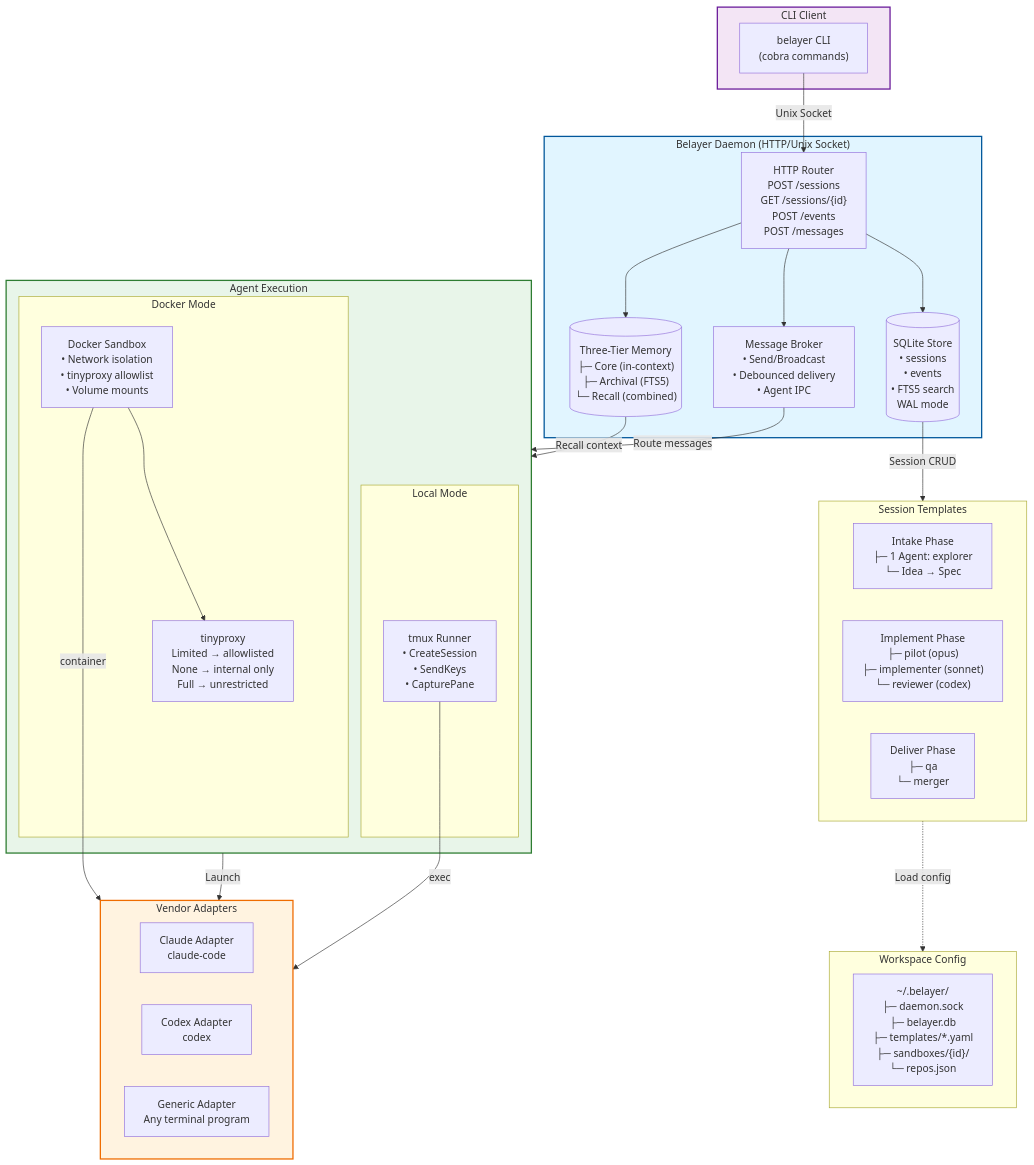
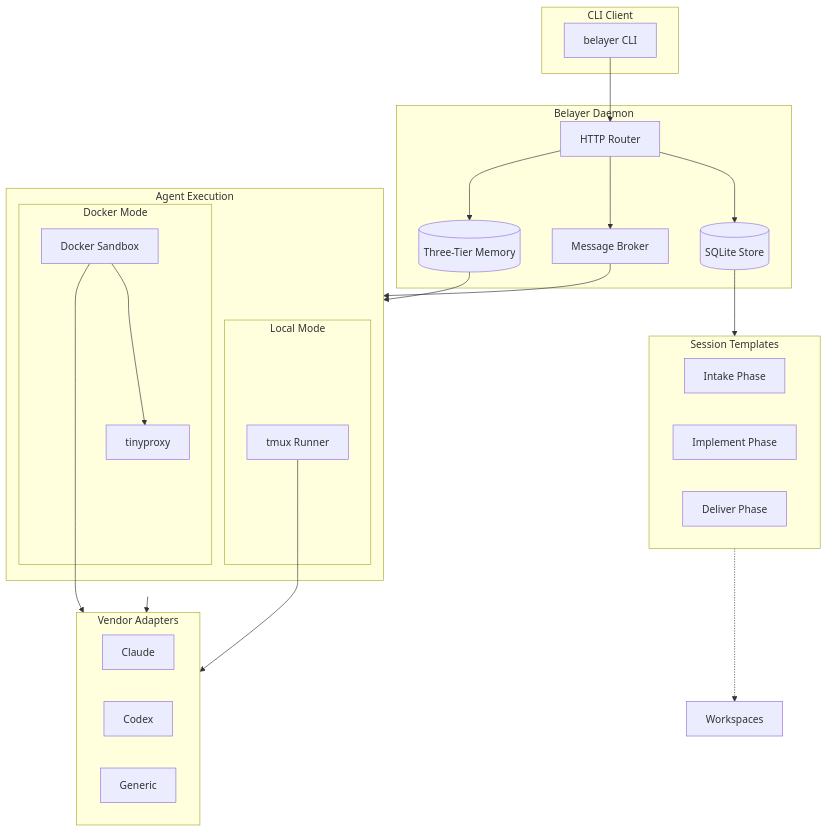
Before and after one commit to donovan-yohan/belayer: the first of 2 diagrams in README.md, drawn with Mermaid. The commit also changed 1 other file, not shown here.

Commit message:
docs: fix Mermaid diagram syntax for GitHub rendering
Simplify flowchart diagrams to use GitHub-compatible Mermaid:
- Remove HTML br tags from node text (not supported)
- Remove complex Unicode box-drawing characters
- Remove style directives (not reliably supported)
- Use simpler subgraph and node labels
- Keep sequence diagrams as-is (already compatible)

Diagrams should now render correctly on GitHub.

````diff
--- a/README.md
+++ b/README.md
@@ -46,62 +46,53 @@
 ```mermaid
 flowchart TB
     subgraph Client["CLI Client"]
-        CLI["belayer CLI<br/>(cobra commands)"]
+        CLI["belayer CLI"]
     end
 
-    subgraph Daemon["Belayer Daemon (HTTP/Unix Socket)"]
-        HTTP["HTTP Router<br/>POST /sessions<br/>GET /sessions/{id}<br/>POST /events<br/>POST /messages"]
-        Store[("SQLite Store<br/>• sessions<br/>• events<br/>• FTS5 search<br/>WAL mode")]
-        Broker["Message Broker<br/>• Send/Broadcast<br/>• Debounced delivery<br/>• Agent IPC"]
-        Memory[("Three-Tier Memory<br/>├─ Core (in-context)<br/>├─ Archival (FTS5)<br/>└─ Recall (combined)")]
+    subgraph Daemon["Belayer Daemon"]
+        HTTP["HTTP Router"]
+        Store[("SQLite Store")]
+        Broker["Message Broker"]
+        Memory[("Three-Tier Memory")]
     end
 
-    subgraph SessionTemplates["Session Templates"]
-        Intake["Intake Phase<br/>├─ 1 Agent: explorer<br/>└─ Idea → Spec"]
-        Implement["Implement Phase<br/>├─ pilot (opus)<br/>├─ implementer (sonnet)<br/>└─ reviewer (codex)"]
-        Deliver["Deliver Phase<br/>├─ qa<br/>└─ merger"]
+    subgraph Templates["Session Templates"]
+        Intake["Intake Phase"]
+        Implement["Implement Phase"]
+        Deliver["Deliver Phase"]
     end
 
     subgraph Execution["Agent Execution"]
         subgraph Local["Local Mode"]
-            Tmux["tmux Runner<br/>• CreateSession<br/>• SendKeys<br/>• CapturePane"]
+            Tmux["tmux Runner"]
         end
         
         subgraph DockerMode["Docker Mode"]
-            Sandbox["Docker Sandbox<br/>• Network isolation<br/>• tinyproxy allowlist<br/>• Volume mounts"]
-            Proxy["tinyproxy<br/>Limited → allowlisted<br/>None → internal only<br/>Full → unrestricted"]
+            Sandbox["Docker Sandbox"]
+            Proxy["tinyproxy"]
         end
     end
 
     subgraph Vendors["Vendor Adapters"]
-        Claude["Claude Adapter<br/>claude-code"]
-        Codex["Codex Adapter<br/>codex"]
-        Generic["Generic Adapter<br/>Any terminal program"]
+        Claude["Claude"]
+        Codex["Codex"]
+        Generic["Generic"]
     end
 
-    subgraph Workspaces["Workspace Config"]
-        WSStruct["~/.belayer/<br/>├─ daemon.sock<br/>├─ belayer.db<br/>├─ templates/*.yaml<br/>├─ sandboxes/{id}/<br/>└─ repos.json"]
-    end
-
-    CLI -->|Unix Socket| HTTP
+    CLI --> HTTP
     HTTP --> Store
     HTTP --> Broker
     HTTP --> Memory
     
-    Store -->|Session CRUD| SessionTemplates
-    Broker -->|Route messages| Execution
-    Memory -->|Recall context| Execution
+    Store --> Templates
+    Broker --> Execution
+    Memory --> Execution
     
-    Execution -->|Launch| Vendors
+    Execution --> Vendors
     
-    SessionTemplates -.->|Load config| Workspaces
+    Templates -.-> Workspaces
     
-    Tmux -->|exec| Vendors
-    Sandbox -->|container| Vendors
+    Tmux --> Vendors
+    Sandbox --> Vendors
     Sandbox --> Proxy
-
-    style Daemon fill:#e1f5ff,stroke:#01579b,stroke-width:2px
-    style Execution fill:#e8f5e9,stroke:#2e7d32,stroke-width:2px
-    style Vendors fill:#fff3e0,stroke:#ef6c00,stroke-width:2px
-    style Client fill:#f3e5f5,stroke:#6a1b9a,stroke-width:2px
 ```
````
